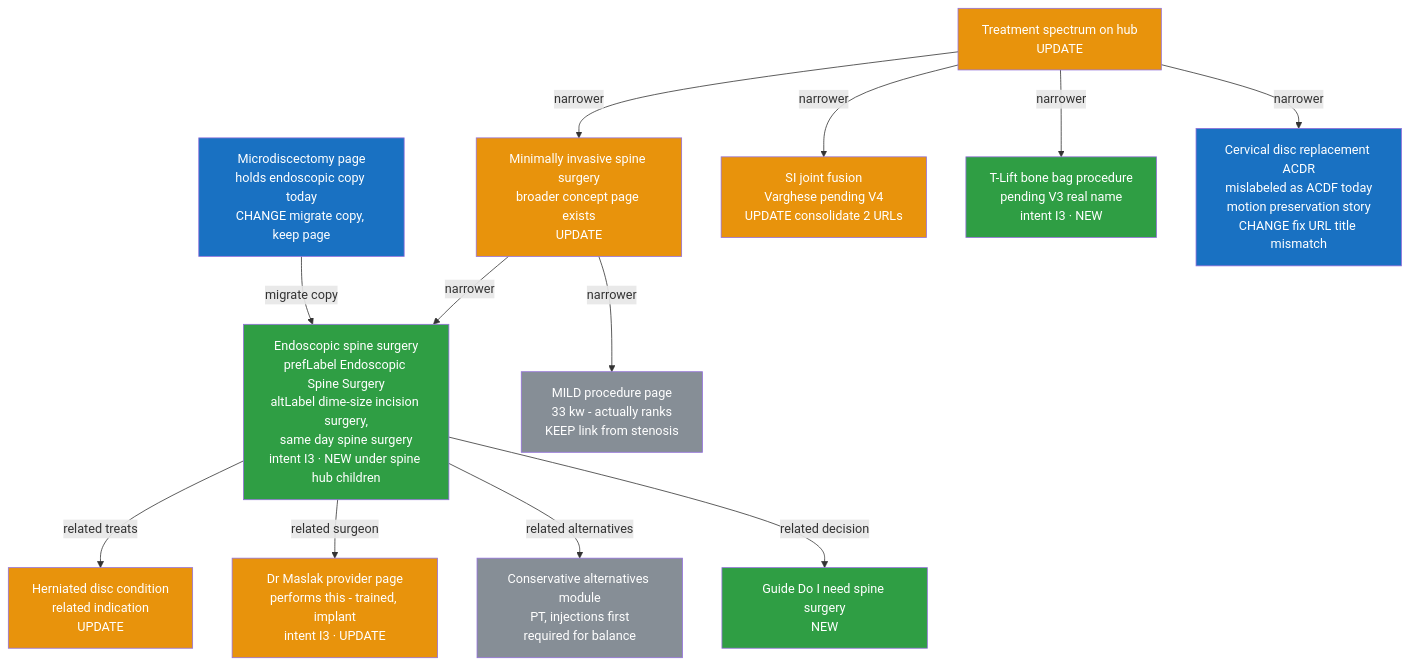
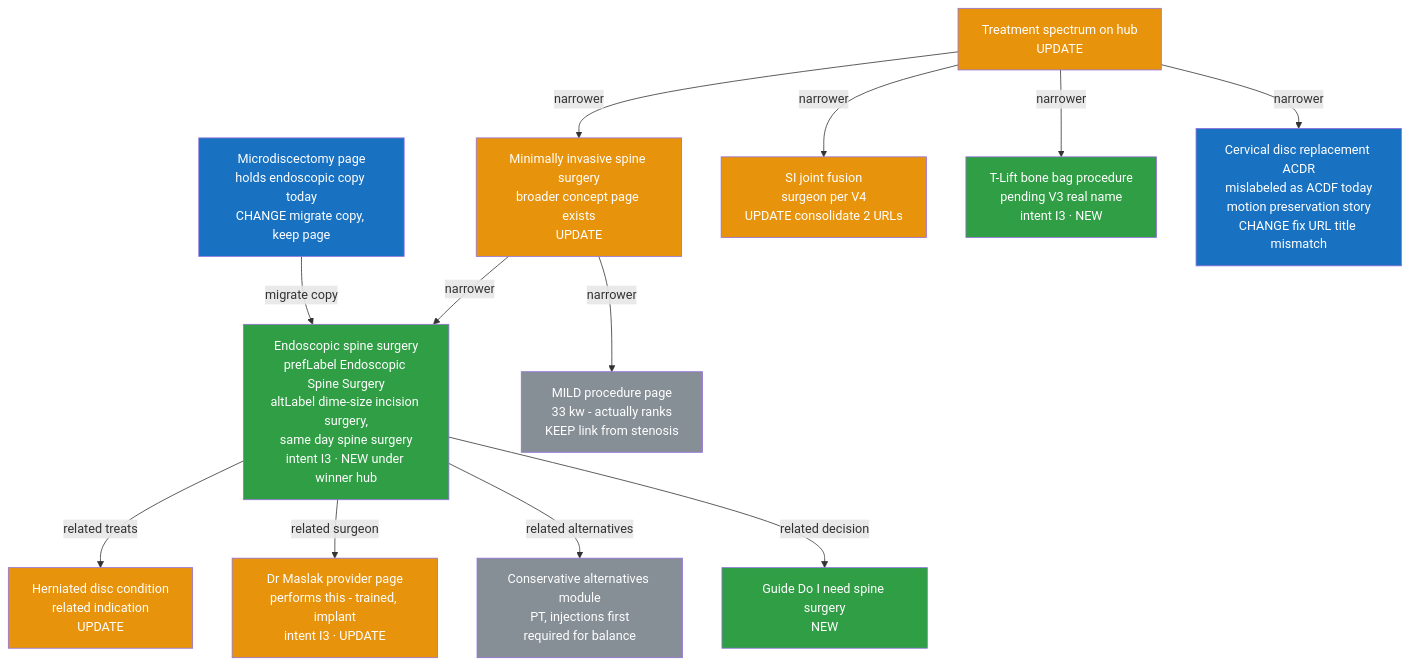
Before and after one commit to JosephAndrewMacLean/SHP: the fifth of 8 diagrams in playbooks/spine-semantic-model.md, drawn with Mermaid. The commit also changed other lines of this file and 6 other files, not shown here.

````diff
--- a/playbooks/spine-semantic-model.md
+++ b/playbooks/spine-semantic-model.md
@@ -263,36 +240,36 @@
 ```mermaid
 flowchart TD
     TRTS[Treatment spectrum on hub<br/>UPDATE]
     MISS[Minimally invasive spine surgery<br/>broader concept page exists<br/>UPDATE]
-    ENDO[Endoscopic spine surgery<br/>prefLabel Endoscopic Spine Surgery<br/>altLabel dime-size incision surgery,<br/>same day spine surgery<br/>intent I3 · NEW under spine hub children]
+    ENDO[Endoscopic spine surgery<br/>prefLabel Endoscopic Spine Surgery<br/>altLabel dime-size incision surgery,<br/>same day spine surgery<br/>intent I3 · NEW under winner hub]
     MICRO[Microdiscectomy page<br/>holds endoscopic copy today<br/>CHANGE migrate copy, keep page]
-    SIF[SI joint fusion<br/>Varghese pending V4<br/>UPDATE consolidate 2 URLs]
+    SIF[SI joint fusion<br/>surgeon per V4<br/>UPDATE consolidate 2 URLs]
     TLIFT[T-Lift bone bag procedure<br/>pending V3 real name<br/>intent I3 · NEW]
     ACDR[Cervical disc replacement ACDR<br/>mislabeled as ACDF today<br/>motion preservation story<br/>CHANGE fix URL title mismatch]
     MILD[MILD procedure page<br/>33 kw - actually ranks<br/>KEEP link from stenosis]
     MAS[Dr Maslak provider page<br/>performs this - trained, implant<br/>intent I3 · UPDATE]
     HERN[Herniated disc condition<br/>related indication<br/>UPDATE]
     CONS[Conservative alternatives module<br/>PT, injections first<br/>required for balance]
     GDO[Guide Do I need spine surgery<br/>NEW]
 
     TRTS -->|narrower| MISS
     MISS -->|narrower| ENDO
     MISS -->|narrower| MILD
     TRTS -->|narrower| SIF
     TRTS -->|narrower| TLIFT
     TRTS -->|narrower| ACDR
     MICRO -->|migrate copy| ENDO
     ENDO -->|related treats| HERN
     ENDO -->|related surgeon| MAS
     ENDO -->|related alternatives| CONS
     ENDO -->|related decision| GDO
 
     classDef newN fill:#2f9e44,color:#fff
     classDef updN fill:#e8930c,color:#fff
     classDef chgN fill:#1971c2,color:#fff
     classDef keepN fill:#868e96,color:#fff
     class ENDO,TLIFT,GDO newN
     class MISS,SIF,MAS,HERN,TRTS updN
     class MICRO,ACDR chgN
     class MILD,CONS keepN
 ```
````
